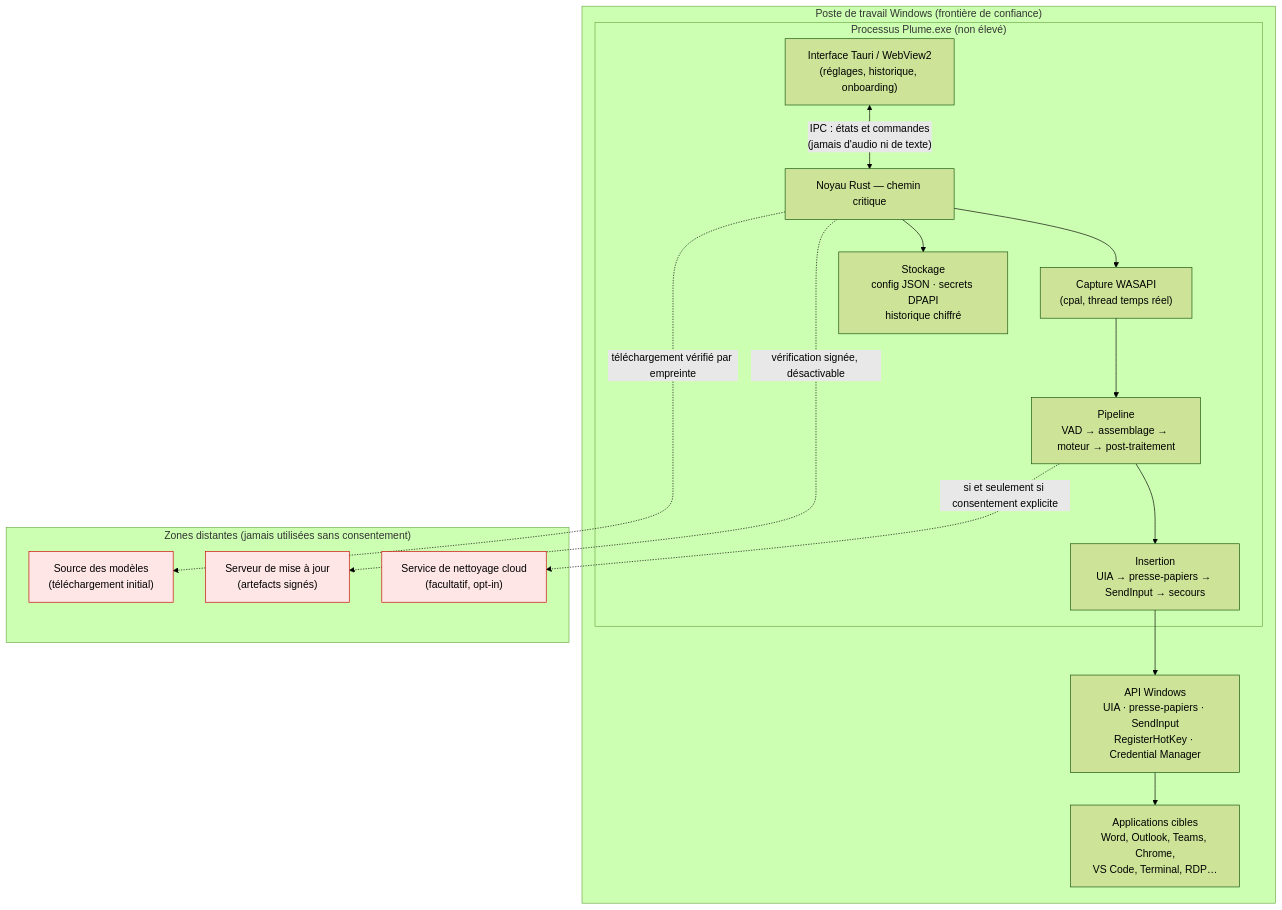
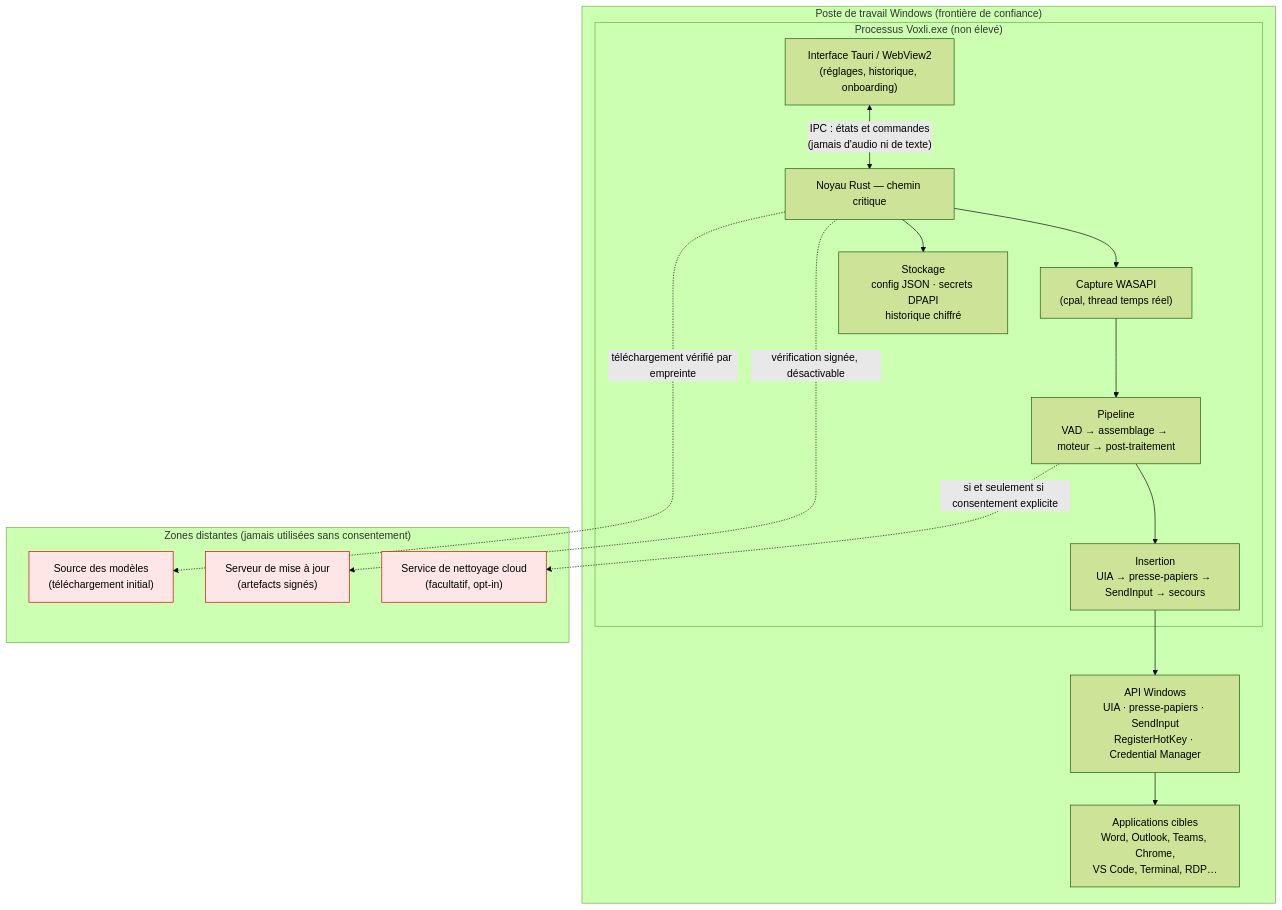
One commit to SammyYohan/Voxli changed the first of 6 diagrams in docs/04-flux-et-diagrammes.md. Above: the diagram before and after it, drawn with Mermaid (forest theme). The commit also changed 146 other files, not shown here.

````diff
--- a/docs/04-flux-et-diagrammes.md
+++ b/docs/04-flux-et-diagrammes.md
@@ -11,35 +11,35 @@
 ```mermaid
 flowchart TB
     subgraph Machine["Poste de travail Windows (frontière de confiance)"]
-        subgraph Proc["Processus Plume.exe (non élevé)"]
+        subgraph Proc["Processus Voxli.exe (non élevé)"]
             UI["Interface Tauri / WebView2<br/>(réglages, historique, onboarding)"]
             Core["Noyau Rust — chemin critique"]
             Audio["Capture WASAPI<br/>(cpal, thread temps réel)"]
             Pipe["Pipeline<br/>VAD → assemblage → moteur → post-traitement"]
             Inject["Insertion<br/>UIA → presse-papiers → SendInput → secours"]
             Store["Stockage<br/>config JSON · secrets DPAPI<br/>historique chiffré"]
         end
         Win["API Windows<br/>UIA · presse-papiers · SendInput<br/>RegisterHotKey · Credential Manager"]
         Apps["Applications cibles<br/>Word, Outlook, Teams, Chrome,<br/>VS Code, Terminal, RDP…"]
     end
 
     subgraph Distant["Zones distantes (jamais utilisées sans consentement)"]
         MCloud["Service de nettoyage cloud<br/>(facultatif, opt-in)"]
         MUpdate["Serveur de mise à jour<br/>(artefacts signés)"]
         MModels["Source des modèles<br/>(téléchargement initial)"]
     end
 
     UI <-->|"IPC : états et commandes<br/>(jamais d'audio ni de texte)"| Core
     Core --> Audio
     Audio --> Pipe
     Pipe --> Inject
     Core --> Store
     Inject --> Win
     Win --> Apps
     Pipe -.->|"si et seulement si consentement explicite"| MCloud
     Core -.->|"vérification signée, désactivable"| MUpdate
     Core -.->|"téléchargement vérifié par empreinte"| MModels
 
     classDef dingue fill:#ffe6e6,stroke:#c00,stroke-width:1px
     class MCloud,MUpdate,MModels dingue
 ```
````
